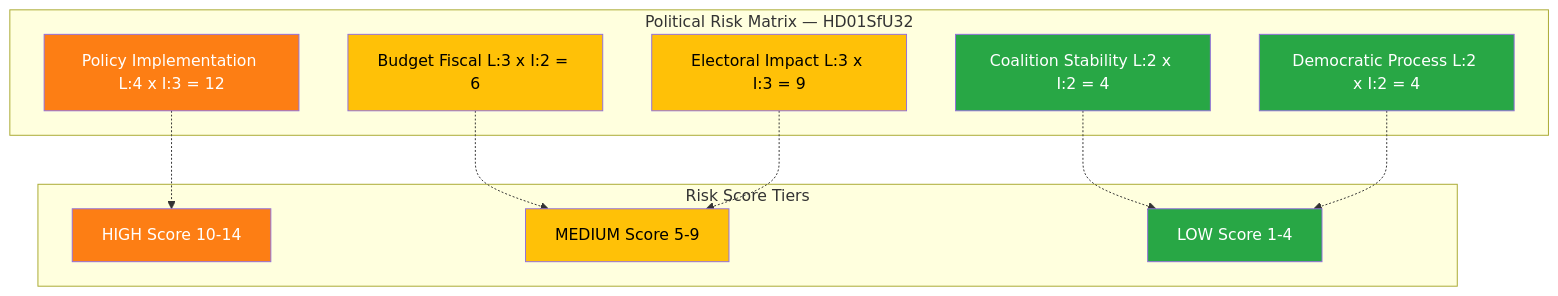
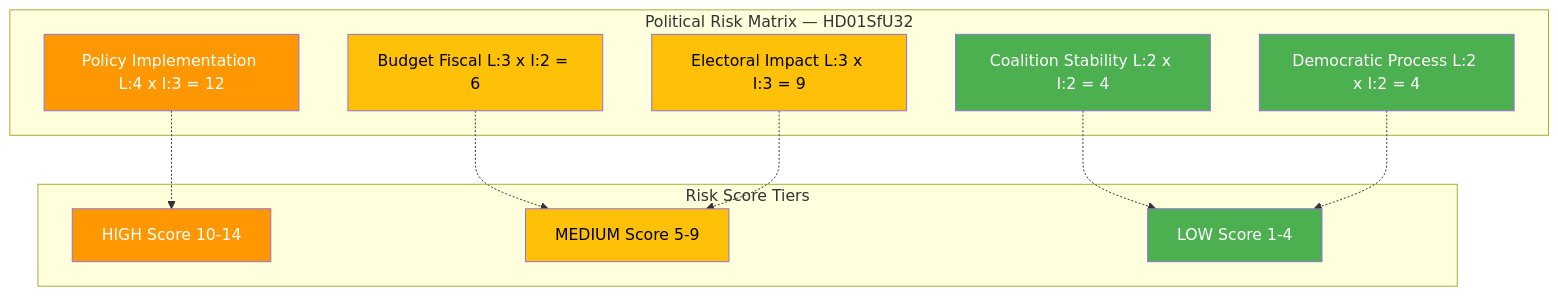
One commit to Hack23/riksdagsmonitor changed the third of 5 diagrams in analysis/daily/2026-04-10/realtime-1424/documents/hd01sfu32-analysis.md. Above: the diagram before and after it, drawn with Mermaid. The commit also changed other lines of this file and 785 other files, not shown here.

First line of the commit message:
Normalize mermaid colors across 786 analysis artifacts to ISMS Style Guide palette

````diff
--- a/analysis/daily/2026-04-10/realtime-1424/documents/hd01sfu32-analysis.md
+++ b/analysis/daily/2026-04-10/realtime-1424/documents/hd01sfu32-analysis.md
@@ -91,28 +91,28 @@
 ```mermaid
 graph TD
     subgraph "Political Risk Matrix — HD01SfU32"
         R1["Coalition Stability L:2 x I:2 = 4"]
         R2["Policy Implementation L:4 x I:3 = 12"]
         R3["Budget Fiscal L:3 x I:2 = 6"]
         R4["Electoral Impact L:3 x I:3 = 9"]
         R5["Democratic Process L:2 x I:2 = 4"]
     end
     subgraph "Risk Score Tiers"
         TH["HIGH Score 10-14"]
         TM["MEDIUM Score 5-9"]
         TL["LOW Score 1-4"]
     end
     R1 -.-> TL
     R2 -.-> TH
     R3 -.-> TM
     R4 -.-> TM
     R5 -.-> TL
-    style R1 fill:#28a745,color:#fff
-    style R2 fill:#fd7e14,color:#fff
-    style R3 fill:#ffc107,color:#000
-    style R4 fill:#ffc107,color:#000
-    style R5 fill:#28a745,color:#fff
-    style TH fill:#fd7e14,color:#fff
-    style TM fill:#ffc107,color:#000
-    style TL fill:#28a745,color:#fff
+    style R1 fill:#4CAF50,color:#FFFFFF
+    style R2 fill:#FF9800,color:#FFFFFF
+    style R3 fill:#FFC107,color:#000000
+    style R4 fill:#FFC107,color:#000000
+    style R5 fill:#4CAF50,color:#FFFFFF
+    style TH fill:#FF9800,color:#FFFFFF
+    style TM fill:#FFC107,color:#000000
+    style TL fill:#4CAF50,color:#FFFFFF
 ```
````
